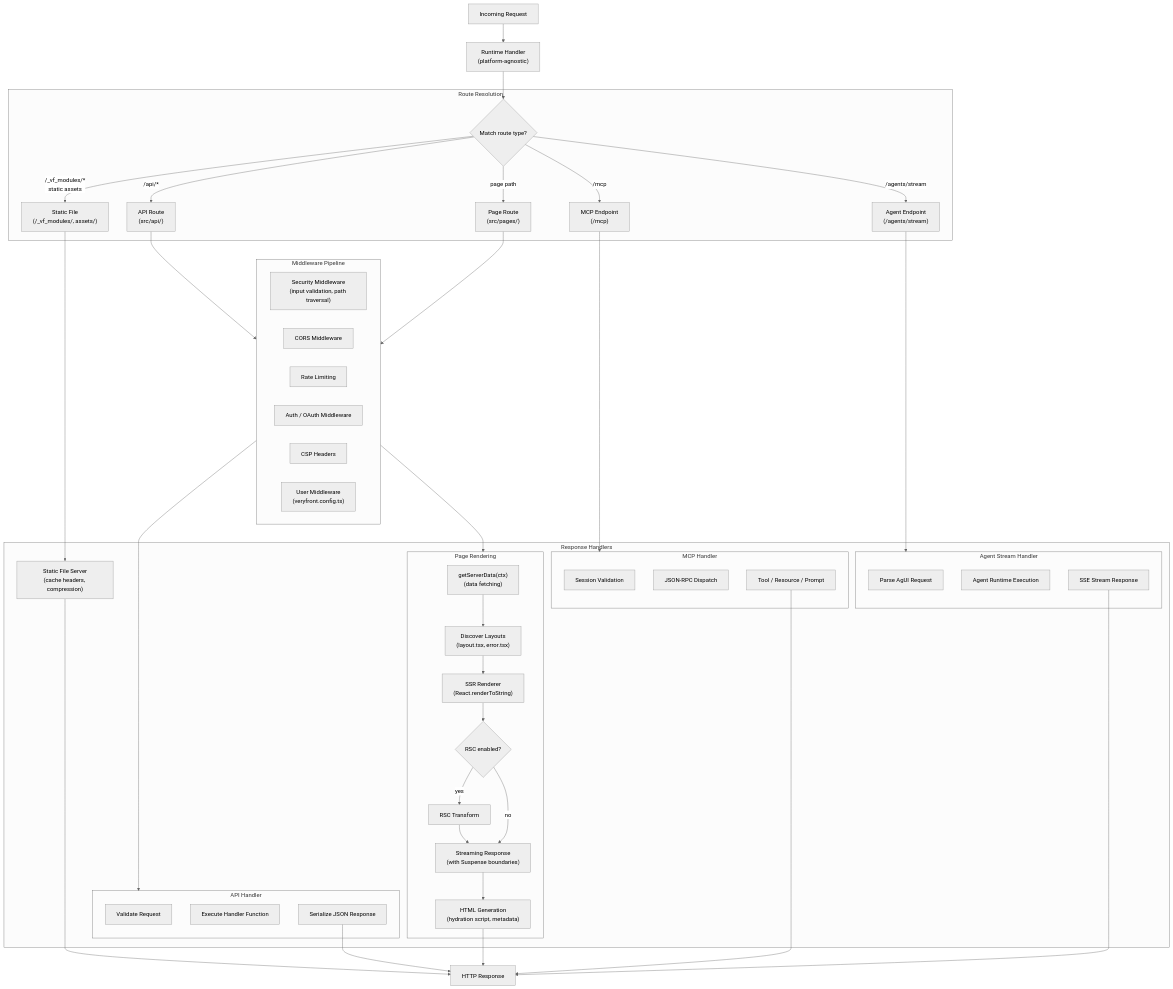
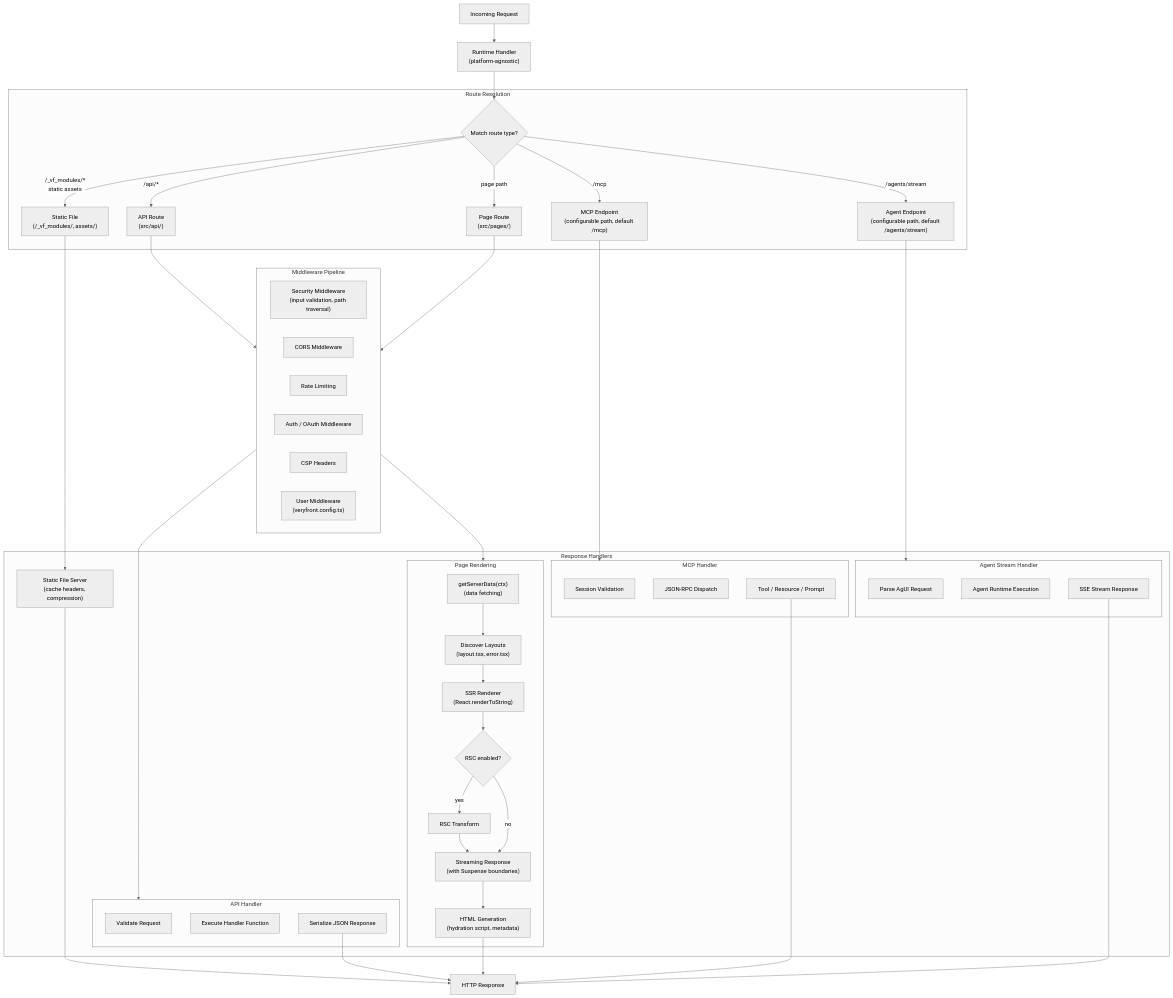
The second of 4 diagrams in docs/architecture/02-request-pipeline.md (veryfront/veryfront-code), drawn with Mermaid (neutral theme) before and after one commit. The commit also changed 2 other files, not shown here.

Commit message:
docs: fix architecture diagram review feedback
- Move capabilities table out of Mermaid into proper markdown table
- Add footnotes for Deno TypeScript and file watching nuances
- Note that MCP/agent endpoint paths are configurable
- Fix provider resolution flowchart to remove circular edge

```diff
--- a/docs/architecture/02-request-pipeline.md
+++ b/docs/architecture/02-request-pipeline.md
@@ -65,8 +65,8 @@
         StaticFile["Static File<br/>(/_vf_modules/, assets/)"]
         APIRoute["API Route<br/>(src/api/)"]
         PageRoute["Page Route<br/>(src/pages/)"]
-        MCPEndpoint["MCP Endpoint<br/>(/mcp)"]
-        AgentEndpoint["Agent Endpoint<br/>(/agents/stream)"]
+        MCPEndpoint["MCP Endpoint<br/>(configurable path, default /mcp)"]
+        AgentEndpoint["Agent Endpoint<br/>(configurable path, default /agents/stream)"]
     end
 
     subgraph MiddlewarePipeline["Middleware Pipeline"]
```
